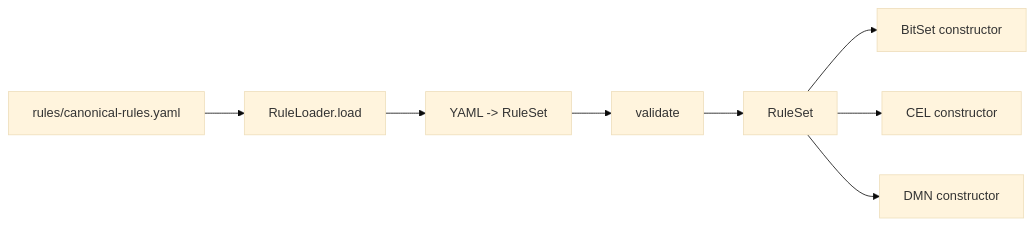
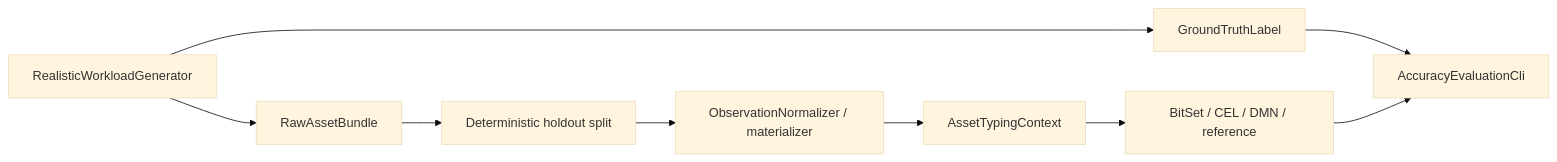
One commit to GAbra/itam-asset-typing-benchmark changed the second of 2 diagrams in docs/IMPLEMENTATION_RU.md. Above: the diagram before and after it, drawn with Mermaid (base theme). The commit also changed other lines of this file and 5 other files, not shown here.

Commit message:
Align implementation docs with completed research architecture

````diff
--- a/docs/IMPLEMENTATION_RU.md
+++ b/docs/IMPLEMENTATION_RU.md
@@ -99,10 +93,11 @@
 ```mermaid
 flowchart LR
-    Y[rules/canonical-rules.yaml] --> L[RuleLoader.load]
-    L --> P[YAML -> RuleSet]
-    P --> V[validate]
-    V --> R[RuleSet]
-    R --> B[BitSet constructor]
-    R --> C[CEL constructor]
-    R --> D[DMN constructor]
+    G[RealisticWorkloadGenerator] --> RAW[RawAssetBundle]
+    G --> GT[GroundTruthLabel]
+    RAW --> SPLIT[Deterministic holdout split]
+    SPLIT --> MAT[ObservationNormalizer / materializer]
+    MAT --> CTX[AssetTypingContext]
+    CTX --> ENGINES[BitSet / CEL / DMN / reference]
+    GT --> ACC[AccuracyEvaluationCli]
+    ENGINES --> ACC
 ```
````
